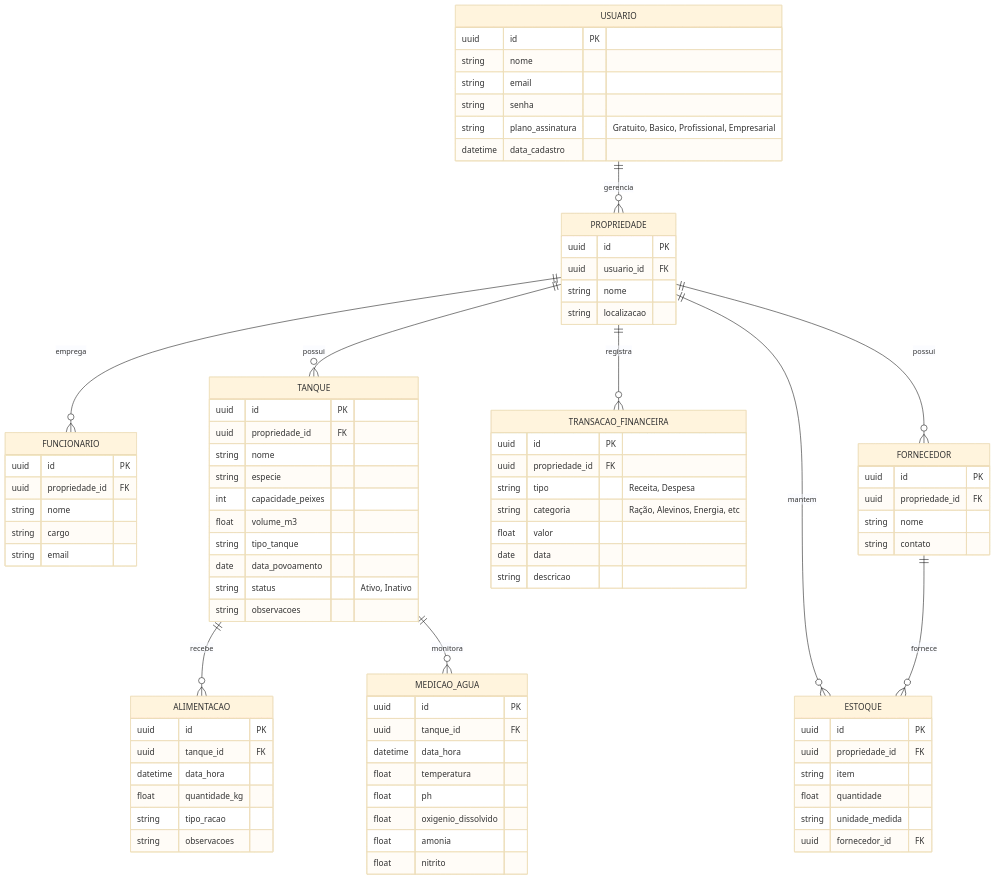
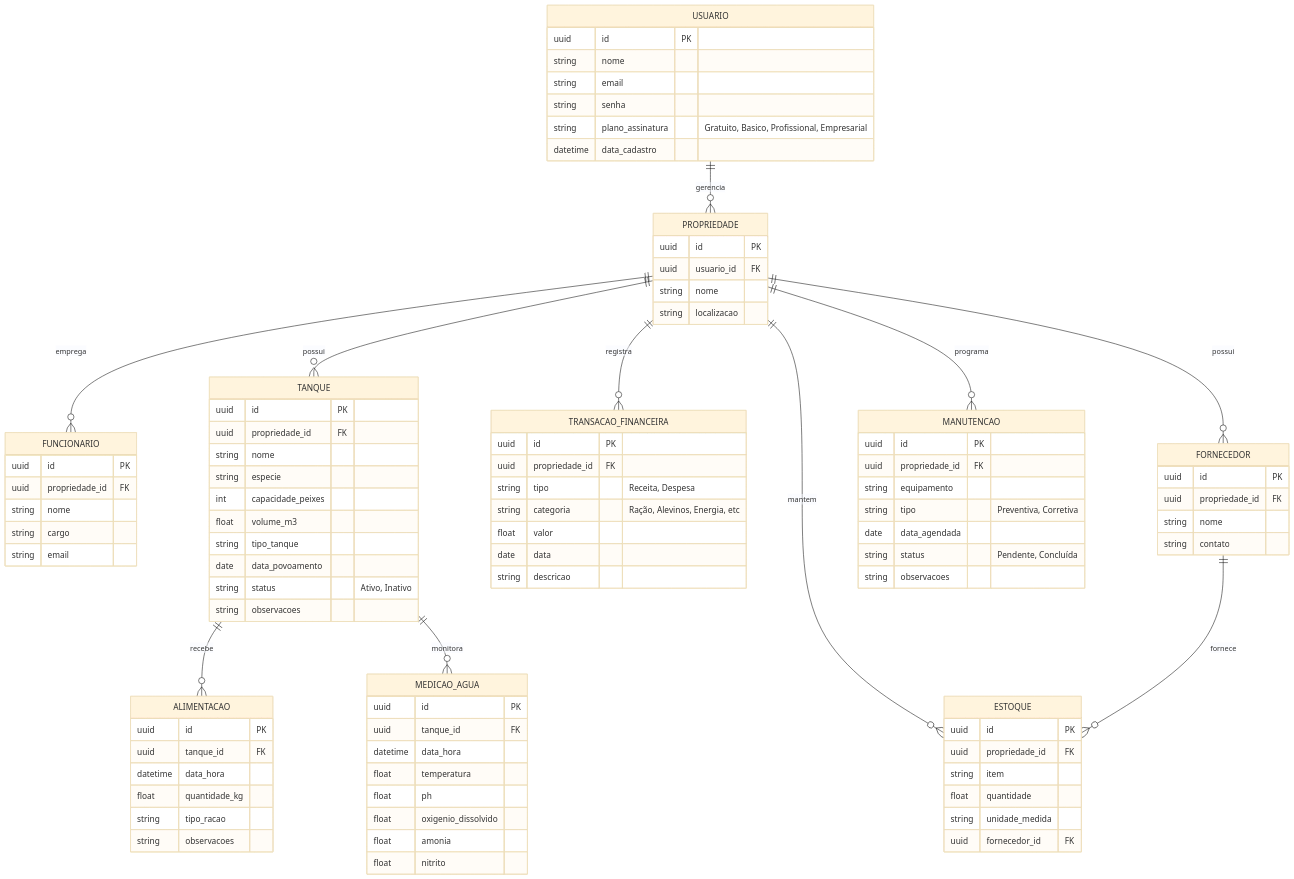
Before and after one commit to RomarioSG1998/Jala.AI: the diagram in diagrama_er.md, drawn with Mermaid (base theme). The commit also changed 1 other file, not shown here.

Commit message:
docs: adiciona novos casos de uso e atualiza diagrama ER com entidade de manutencao

```diff
--- a/diagrama_er.md
+++ b/diagrama_er.md
@@ -87,12 +87,23 @@
         string contato
     }
 
+    MANUTENCAO {
+        uuid id PK
+        uuid propriedade_id FK
+        string equipamento
+        string tipo "Preventiva, Corretiva"
+        date data_agendada
+        string status "Pendente, Concluída"
+        string observacoes
+    }
+
     USUARIO ||--o{ PROPRIEDADE : "gerencia"
     PROPRIEDADE ||--o{ FUNCIONARIO : "emprega"
     PROPRIEDADE ||--o{ TANQUE : "possui"
     PROPRIEDADE ||--o{ TRANSACAO_FINANCEIRA : "registra"
     PROPRIEDADE ||--o{ ESTOQUE : "mantem"
     PROPRIEDADE ||--o{ FORNECEDOR : "possui"
+    PROPRIEDADE ||--o{ MANUTENCAO : "programa"
     
     TANQUE ||--o{ ALIMENTACAO : "recebe"
     TANQUE ||--o{ MEDICAO_AGUA : "monitora"
```
